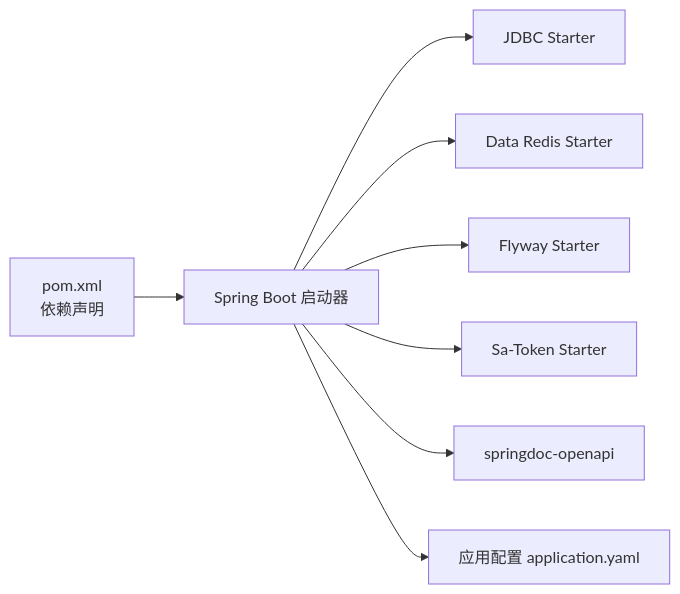
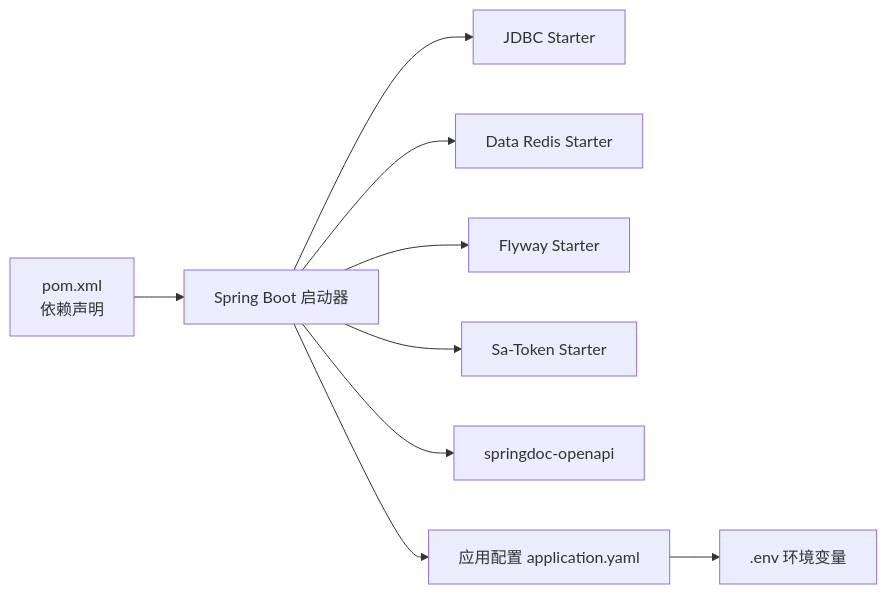
The fourth of 4 diagrams in .qoder/repowiki/zh/content/配置管理/环境配置管理.md (sunnaoxixi/spring-ddd-template), drawn with Mermaid before and after one commit. The commit also changed other lines of this file and 91 other files, not shown here.

````diff
--- a/.qoder/repowiki/zh/content/配置管理/环境配置管理.md
+++ b/.qoder/repowiki/zh/content/配置管理/环境配置管理.md
@@ -201,10 +221,11 @@
 ```mermaid
 graph LR
 POM["pom.xml<br/>依赖声明"] --> BOOT["Spring Boot 启动器"]
 BOOT --> JDBC["JDBC Starter"]
 BOOT --> REDIS["Data Redis Starter"]
 BOOT --> FLYWAY["Flyway Starter"]
 BOOT --> SA["Sa-Token Starter"]
 BOOT --> DOC["springdoc-openapi"]
 BOOT --> APP["应用配置 application.yaml"]
+APP --> ENV[".env 环境变量"]
 ```
````
